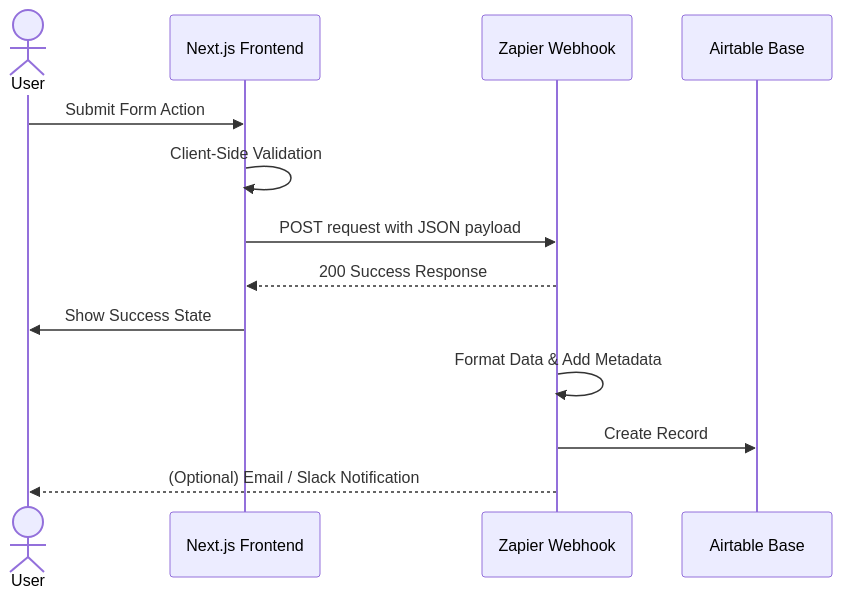
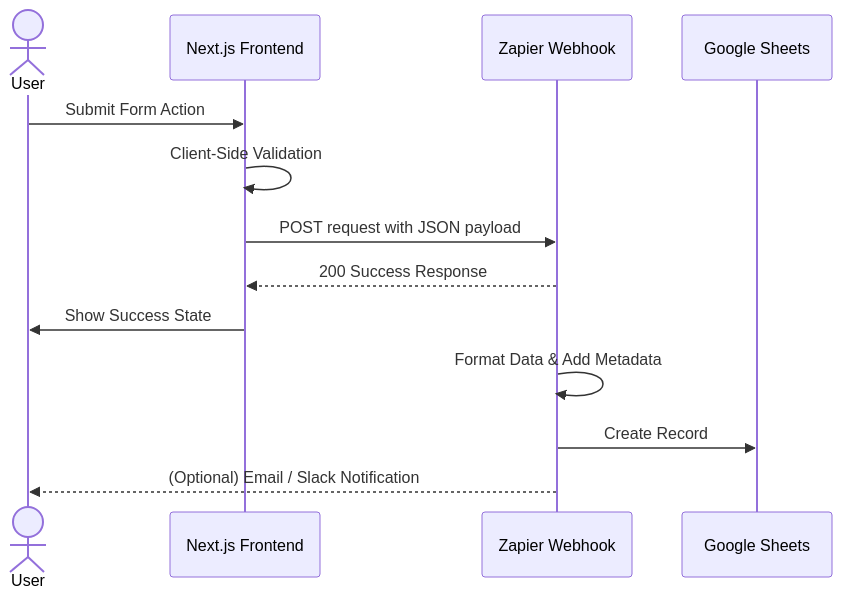
One commit to zaheer-zee/BridgeTest changed the second of 2 diagrams in README.md. Above: the diagram before and after it, drawn with Mermaid. The commit also changed other lines of this file, not shown here.

Commit message:
docs: update database to Google Sheets

````diff
--- a/README.md
+++ b/README.md
@@ -33,16 +33,16 @@
 ```mermaid
 sequenceDiagram
     actor User
     participant UI as Next.js Frontend
     participant Zapier as Zapier Webhook
-    participant DB as Airtable Base
+    participant DB as Google Sheets
 
     User->>UI: Submit Form Action
     UI->>UI: Client-Side Validation
     UI->>Zapier: POST request with JSON payload
     Zapier-->>UI: 200 Success Response
     UI->>User: Show Success State
     Zapier->>Zapier: Format Data & Add Metadata
     Zapier->>DB: Create Record
     Zapier-->>User: (Optional) Email / Slack Notification
 ```
````
